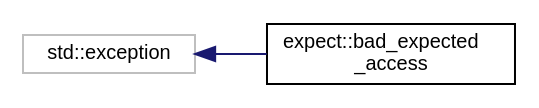
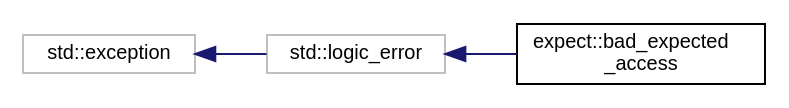
One commit to bitwizeshift/result changed the diagram in api/latest/inherit_graph_0.dot. Above: the diagram before and after it, drawn with Graphviz. The commit also changed 48 other files, not shown here.

```diff
--- a/api/latest/inherit_graph_0.dot
+++ b/api/latest/inherit_graph_0.dot
@@ -1,9 +1,11 @@
 digraph "Graphical Class Hierarchy"
 {
   edge [fontname="Helvetica",fontsize="10",labelfontname="Helvetica",labelfontsize="10"];
   node [fontname="Helvetica",fontsize="10",shape=record];
   rankdir="LR";
   Node13 [label="std::exception",height=0.2,width=0.4,color="grey75", fillcolor="white", style="filled",tooltip="STL class. "];
-  Node13 -> Node0 [dir="back",color="midnightblue",fontsize="10",style="solid",fontname="Helvetica"];
+  Node13 -> Node14 [dir="back",color="midnightblue",fontsize="10",style="solid",fontname="Helvetica"];
+  Node14 [label="std::logic_error",height=0.2,width=0.4,color="grey75", fillcolor="white", style="filled",tooltip="STL class. "];
+  Node14 -> Node0 [dir="back",color="midnightblue",fontsize="10",style="solid",fontname="Helvetica"];
   Node0 [label="expect::bad_expected\l_access",height=0.2,width=0.4,color="black", fillcolor="white", style="filled",URL="$d0/d2a/classexpect_1_1bad__expected__access.html",tooltip="An exception thrown when expected::value is accessed without a contained value. "];
 }
```
